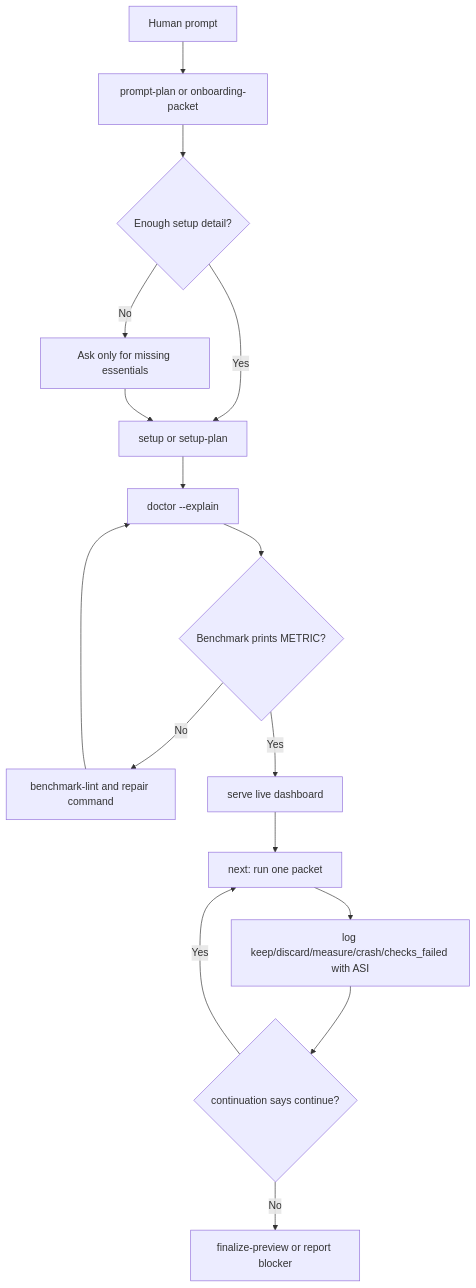
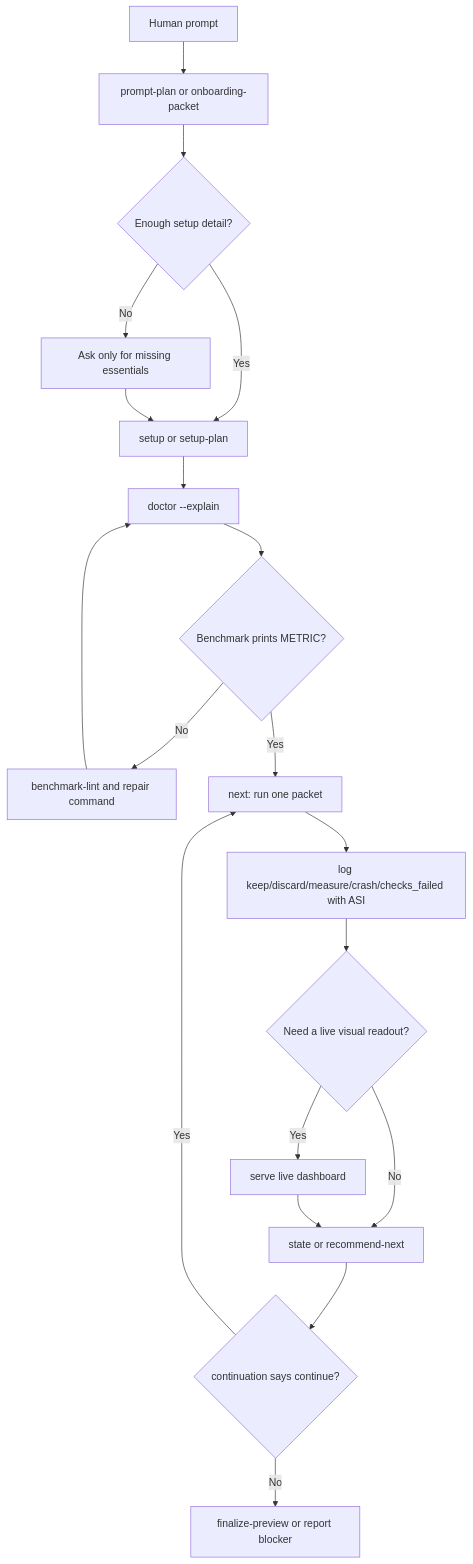
The first of 6 diagrams in plugins/codex-autoresearch/docs/workflows.md (TheGreenCedar/codex-autoresearch), drawn with Mermaid before and after one commit. The commit also changed 18 other files, not shown here.

````diff
--- a/plugins/codex-autoresearch/docs/workflows.md
+++ b/plugins/codex-autoresearch/docs/workflows.md
@@ -7,18 +7,21 @@
 ```mermaid
 flowchart TD
   A["Human prompt"] --> B["prompt-plan or onboarding-packet"]
   B --> C{"Enough setup detail?"}
   C -- "No" --> D["Ask only for missing essentials"]
   C -- "Yes" --> E["setup or setup-plan"]
   D --> E
   E --> F["doctor --explain"]
   F --> G{"Benchmark prints METRIC?"}
   G -- "No" --> H["benchmark-lint and repair command"]
-  G -- "Yes" --> I["serve live dashboard"]
+  G -- "Yes" --> I["next: run one packet"]
   H --> F
-  I --> J["next: run one packet"]
-  J --> K["log keep/discard/measure/crash/checks_failed with ASI"]
-  K --> L{"continuation says continue?"}
-  L -- "Yes" --> J
-  L -- "No" --> M["finalize-preview or report blocker"]
+  I --> J["log keep/discard/measure/crash/checks_failed with ASI"]
+  J --> K{"Need a live visual readout?"}
+  K -- "Yes" --> L["serve live dashboard"]
+  K -- "No" --> M["state or recommend-next"]
+  L --> M
+  M --> N{"continuation says continue?"}
+  N -- "Yes" --> I
+  N -- "No" --> O["finalize-preview or report blocker"]
 ```
````
